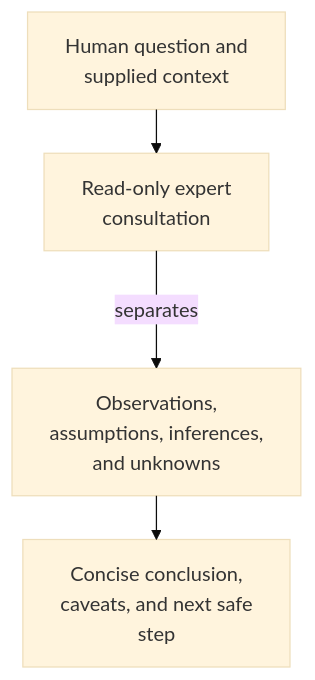
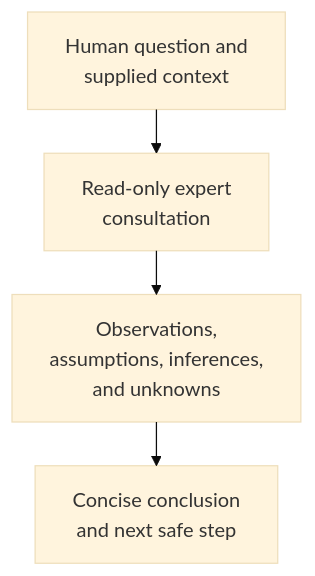
One commit to abstract-business-systems/as-is changed the diagram in agents/expert/as-is.md. Above: the diagram before and after it, drawn with Mermaid (base theme). The commit also changed other lines of this file and 35 other files, not shown here.

````diff
--- a/agents/expert/as-is.md
+++ b/agents/expert/as-is.md
@@ -16,10 +15,10 @@
 ```mermaid
 ---
 config:
   layout: elk
 ---
 flowchart TB
     Question["Human question and<br/>supplied context"] --> Expert["Read-only expert<br/>consultation"]
-    Expert -->|separates| Analysis["Observations,<br/>assumptions, inferences,<br/>and unknowns"]
-    Analysis --> Consultation["Concise conclusion,<br/>caveats, and next safe<br/>step"]
+    Expert --> Analysis["Observations,<br/>assumptions, inferences,<br/>and unknowns"]
+    Analysis --> Recommendation["Concise conclusion<br/>and next safe step"]
 ```
````
